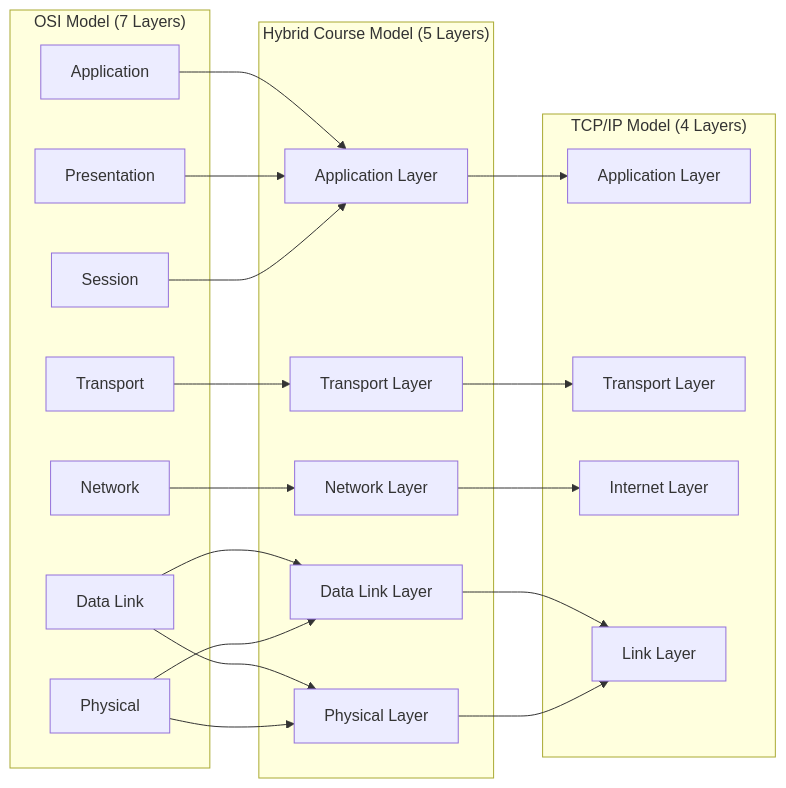
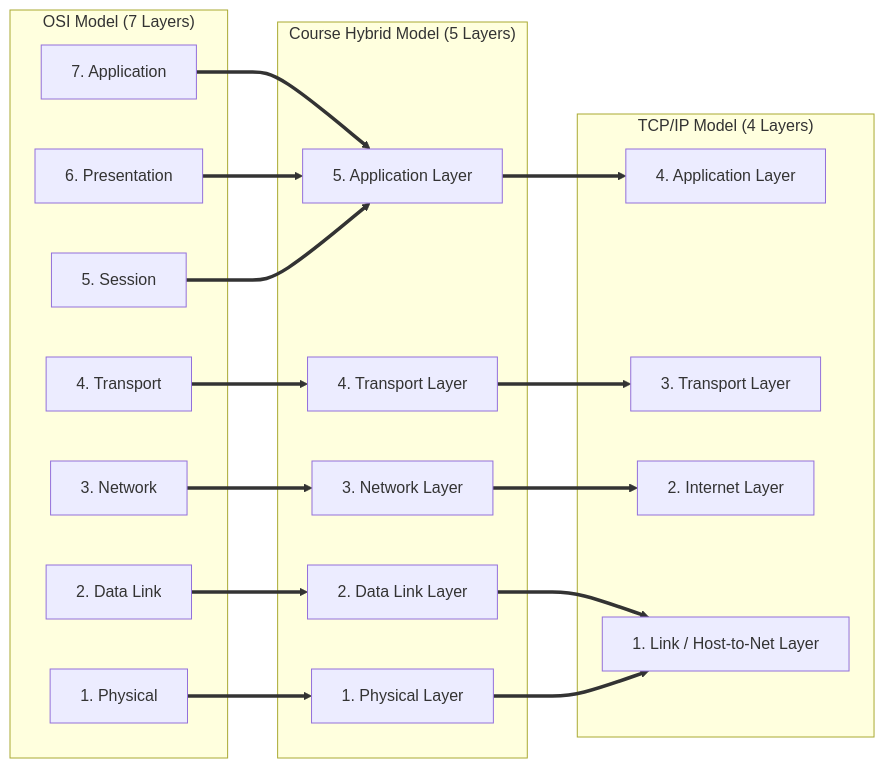
The eighth of 9 diagrams in notes/computer_networks/Chapter_1_Introduction.md (DeepLumiere/DeepSkills), drawn with Mermaid before and after one commit. The commit also changed other lines of this file and 3 other files, not shown here.

````diff
--- a/notes/computer_networks/Chapter_1_Introduction.md
+++ b/notes/computer_networks/Chapter_1_Introduction.md
@@ -364,30 +539,38 @@
 ```mermaid
 flowchart LR
     subgraph OSI ["OSI Model (7 Layers)"]
-        O7[Application]
-        O6[Presentation]
-        O5[Session]
-        O4[Transport]
-        O3[Network]
-        O2[Data Link]
-        O1[Physical]
-    end
-    subgraph HYBRID ["Hybrid Course Model (5 Layers)"]
-        H5[Application Layer]
-        H4[Transport Layer]
-        H3[Network Layer]
-        H2[Data Link Layer]
-        H1[Physical Layer]
-    end
-    subgraph TCPIP ["TCP/IP Model (4 Layers)"]
-        T4[Application Layer]
-        T3[Transport Layer]
-        T2[Internet Layer]
-        T1[Link Layer]
+        O7[7. Application]
+        O6[6. Presentation]
+        O5[5. Session]
+        O4[4. Transport]
+        O3[3. Network]
+        O2[2. Data Link]
+        O1[1. Physical]
     end
 
-    O7 & O6 & O5 --> H5 --> T4
-    O4 --> H4 --> T3
-    O3 --> H3 --> T2
-    O2 & O1 --> H2 & H1 --> T1
+    subgraph HYBRID ["Course Hybrid Model (5 Layers)"]
+        H5[5. Application Layer]
+        H4[4. Transport Layer]
+        H3[3. Network Layer]
+        H2[2. Data Link Layer]
+        H1[1. Physical Layer]
+    end
+
+    subgraph TCPIP ["TCP/IP Model (4 Layers)"]
+        T4[4. Application Layer]
+        T3[3. Transport Layer]
+        T2[2. Internet Layer]
+        T1[1. Link / Host-to-Net Layer]
+    end
+
+    O7 & O6 & O5 ==> H5
+    O4 ==> H4
+    O3 ==> H3
+    O2 ==> H2
+    O1 ==> H1
+
+    H5 ==> T4
+    H4 ==> T3
+    H3 ==> T2
+    H2 & H1 ==> T1
 ```
````
